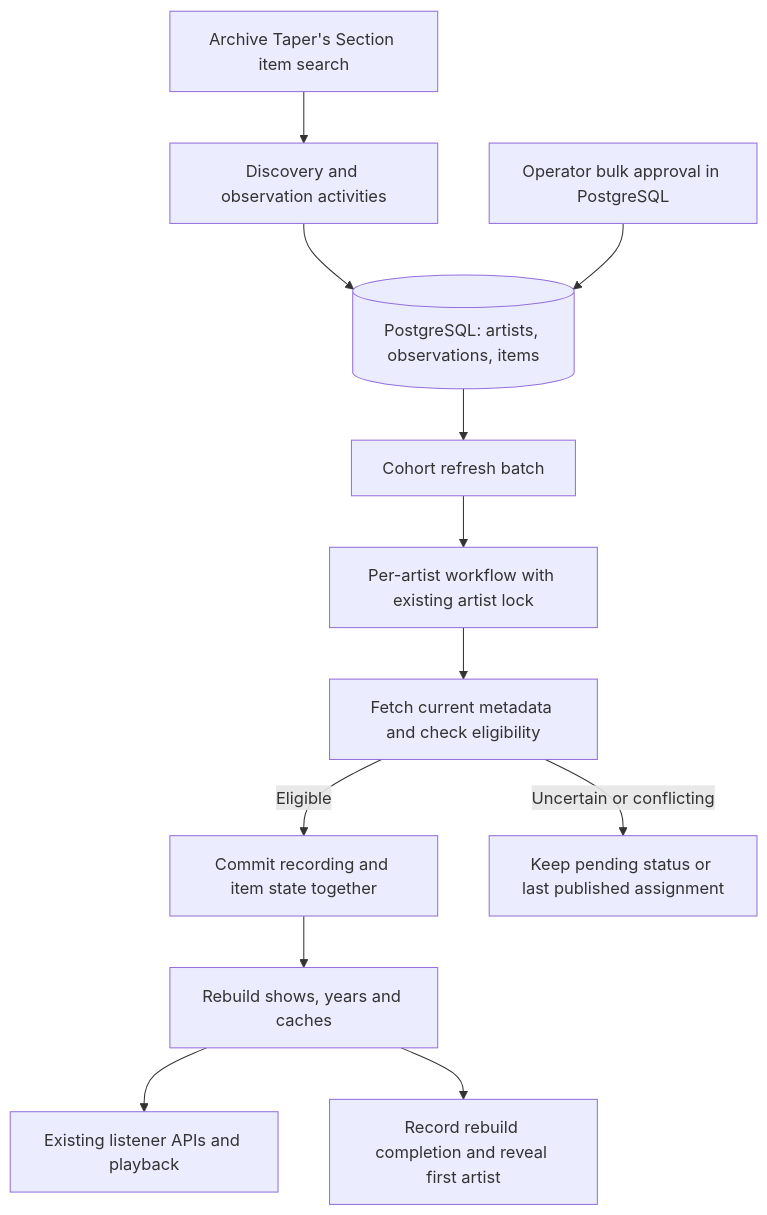
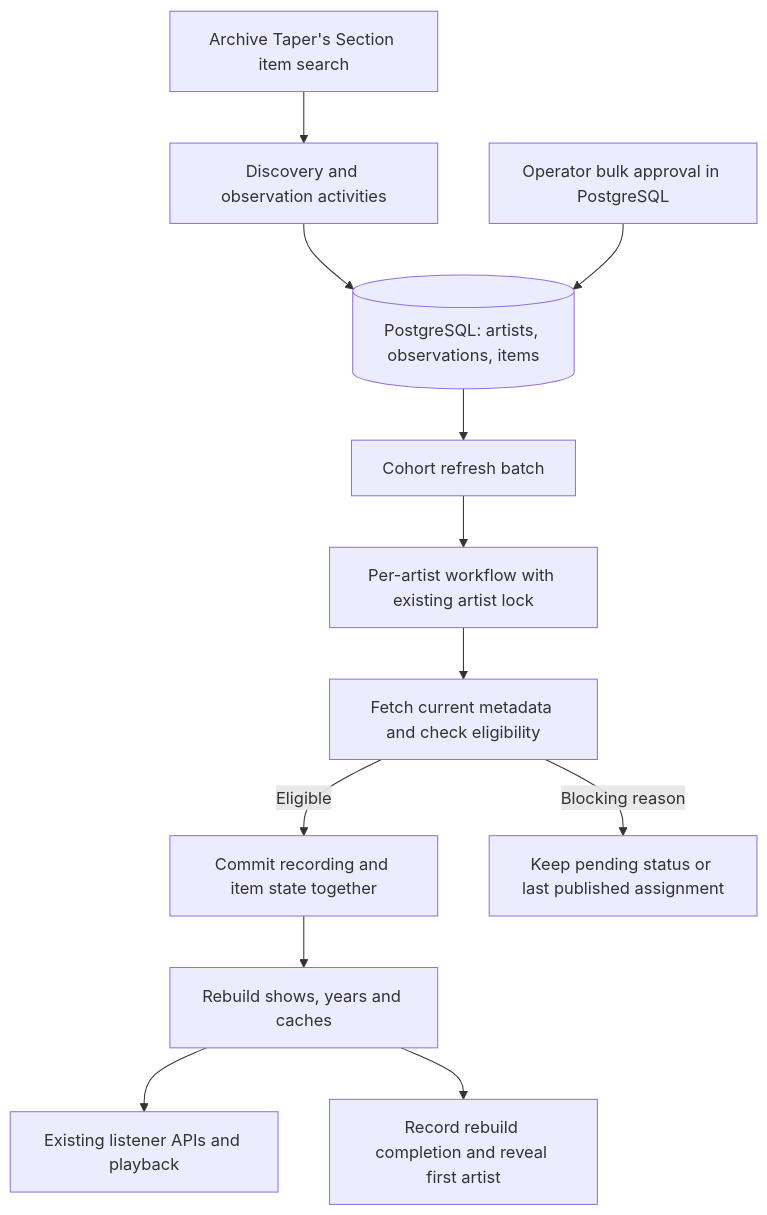
Before and after one commit to RelistenNet/RelistenApi: the diagram in docs/plans/active/2026-10-16-taperssection-intake/README.md, drawn with Mermaid. The commit also changed other lines of this file and 4 other files, not shown here.

````diff
--- a/docs/plans/active/2026-10-16-taperssection-intake/README.md
+++ b/docs/plans/active/2026-10-16-taperssection-intake/README.md
@@ -43,14 +43,14 @@
 ```mermaid
 flowchart TD
     A[Archive Taper's Section item search] --> B[Discovery and observation activities]
     B --> C[(PostgreSQL: artists, observations, items)]
     R[Operator bulk approval in PostgreSQL] --> C
     C --> D[Cohort refresh batch]
     D --> E[Per-artist workflow with existing artist lock]
     E --> F[Fetch current metadata and check eligibility]
     F -->|Eligible| G[Commit recording and item state together]
-    F -->|Uncertain or conflicting| H[Keep pending status or last published assignment]
+    F -->|Blocking reason| H[Keep pending status or last published assignment]
     G --> I[Rebuild shows, years and caches]
     I --> J[Existing listener APIs and playback]
     I --> K[Record rebuild completion and reveal first artist]
 ```
````
